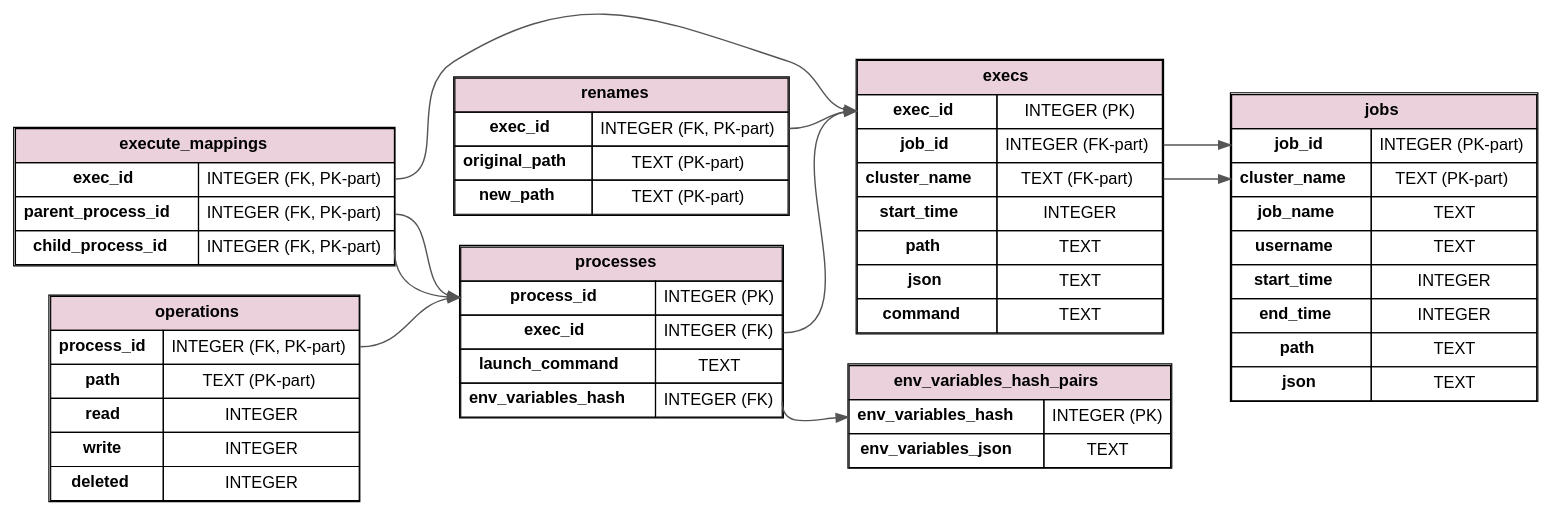
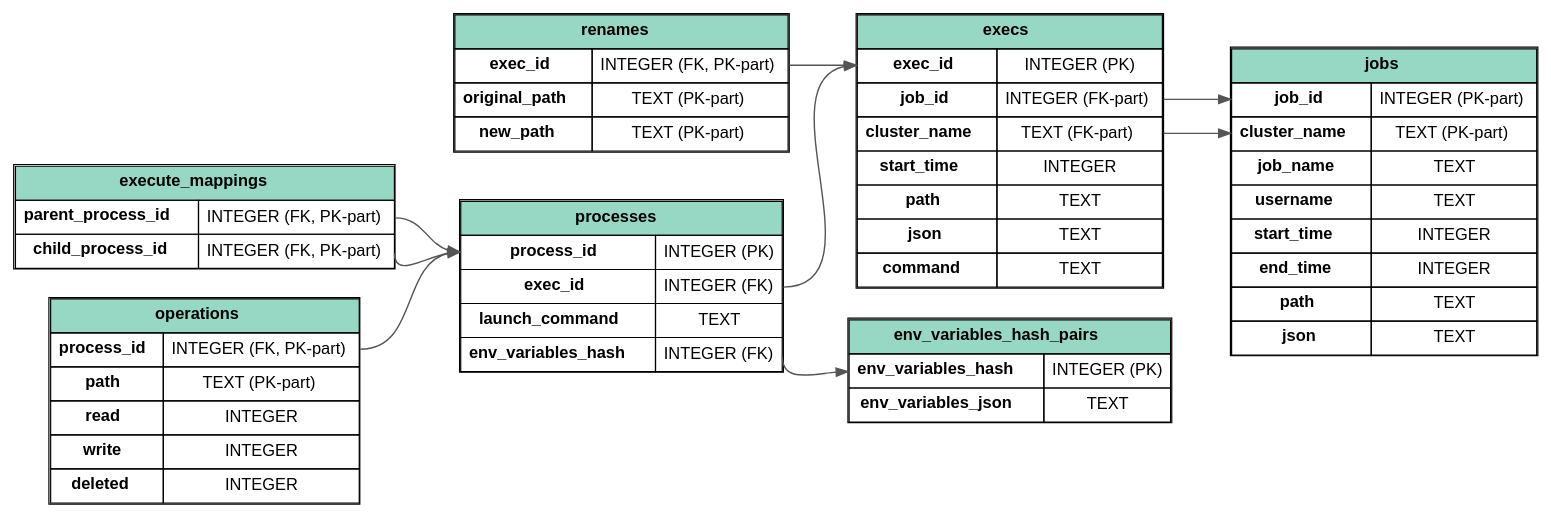
One commit to lquenti/libcprov changed the diagram in model_graphs/database_model.dot. Above: the diagram before and after it, drawn with Graphviz. The commit also changed 29 other files, not shown here.

```diff
--- a/model_graphs/database_model.dot
+++ b/model_graphs/database_model.dot
@@ -1,95 +1,93 @@
 digraph G {
   rankdir=LR;
   graph [splines=true, overlap=false, nodesep=0.35, ranksep=0.7];
   node  [shape=none, margin=0, fontname="Helvetica"];
   edge  [fontname="Helvetica", fontsize=10, color="#555555", penwidth=1.2];
 
   env_variables_hash_pairs [ label=<
     <TABLE BORDER="1" CELLBORDER="1" CELLSPACING="0" CELLPADDING="6">
-      <TR><TD WIDTH="0" FIXEDSIZE="TRUE" BORDER="0" CELLPADDING="0"></TD><TD BGCOLOR="#ead1dc" COLSPAN="2"><B>env_variables_hash_pairs</B></TD><TD WIDTH="0" FIXEDSIZE="TRUE" BORDER="0" CELLPADDING="0"></TD></TR>
+      <TR><TD WIDTH="0" FIXEDSIZE="TRUE" BORDER="0" CELLPADDING="0"></TD><TD BGCOLOR="#97D8C4" COLSPAN="2"><B>env_variables_hash_pairs</B></TD><TD WIDTH="0" FIXEDSIZE="TRUE" BORDER="0" CELLPADDING="0"></TD></TR>
       <TR><TD PORT="L_env_variables_hash" WIDTH="0" FIXEDSIZE="TRUE" BORDER="0" CELLPADDING="0"></TD><TD><B>env_variables_hash</B></TD><TD>INTEGER (PK)</TD><TD PORT="R_env_variables_hash" WIDTH="0" FIXEDSIZE="TRUE" BORDER="0" CELLPADDING="0"></TD></TR>
       <TR><TD PORT="L_env_variables_json" WIDTH="0" FIXEDSIZE="TRUE" BORDER="0" CELLPADDING="0"></TD><TD><B>env_variables_json</B></TD><TD>TEXT</TD><TD PORT="R_env_variables_json" WIDTH="0" FIXEDSIZE="TRUE" BORDER="0" CELLPADDING="0"></TD></TR>
     </TABLE>
   > ];
 
   jobs [ label=<
     <TABLE BORDER="1" CELLBORDER="1" CELLSPACING="0" CELLPADDING="6">
-      <TR><TD WIDTH="0" FIXEDSIZE="TRUE" BORDER="0" CELLPADDING="0"></TD><TD BGCOLOR="#ead1dc" COLSPAN="2"><B>jobs</B></TD><TD WIDTH="0" FIXEDSIZE="TRUE" BORDER="0" CELLPADDING="0"></TD></TR>
+      <TR><TD WIDTH="0" FIXEDSIZE="TRUE" BORDER="0" CELLPADDING="0"></TD><TD BGCOLOR="#97D8C4" COLSPAN="2"><B>jobs</B></TD><TD WIDTH="0" FIXEDSIZE="TRUE" BORDER="0" CELLPADDING="0"></TD></TR>
       <TR><TD PORT="L_job_id" WIDTH="0" FIXEDSIZE="TRUE" BORDER="0" CELLPADDING="0"></TD><TD><B>job_id</B></TD><TD>INTEGER (PK-part)</TD><TD PORT="R_job_id" WIDTH="0" FIXEDSIZE="TRUE" BORDER="0" CELLPADDING="0"></TD></TR>
       <TR><TD PORT="L_cluster_name" WIDTH="0" FIXEDSIZE="TRUE" BORDER="0" CELLPADDING="0"></TD><TD><B>cluster_name</B></TD><TD>TEXT (PK-part)</TD><TD PORT="R_cluster_name" WIDTH="0" FIXEDSIZE="TRUE" BORDER="0" CELLPADDING="0"></TD></TR>
       <TR><TD PORT="L_job_name" WIDTH="0" FIXEDSIZE="TRUE" BORDER="0" CELLPADDING="0"></TD><TD><B>job_name</B></TD><TD>TEXT</TD><TD PORT="R_job_name" WIDTH="0" FIXEDSIZE="TRUE" BORDER="0" CELLPADDING="0"></TD></TR>
       <TR><TD PORT="L_username" WIDTH="0" FIXEDSIZE="TRUE" BORDER="0" CELLPADDING="0"></TD><TD><B>username</B></TD><TD>TEXT</TD><TD PORT="R_username" WIDTH="0" FIXEDSIZE="TRUE" BORDER="0" CELLPADDING="0"></TD></TR>
       <TR><TD PORT="L_start_time" WIDTH="0" FIXEDSIZE="TRUE" BORDER="0" CELLPADDING="0"></TD><TD><B>start_time</B></TD><TD>INTEGER</TD><TD PORT="R_start_time" WIDTH="0" FIXEDSIZE="TRUE" BORDER="0" CELLPADDING="0"></TD></TR>
       <TR><TD PORT="L_end_time" WIDTH="0" FIXEDSIZE="TRUE" BORDER="0" CELLPADDING="0"></TD><TD><B>end_time</B></TD><TD>INTEGER</TD><TD PORT="R_end_time" WIDTH="0" FIXEDSIZE="TRUE" BORDER="0" CELLPADDING="0"></TD></TR>
       <TR><TD PORT="L_path" WIDTH="0" FIXEDSIZE="TRUE" BORDER="0" CELLPADDING="0"></TD><TD><B>path</B></TD><TD>TEXT</TD><TD PORT="R_path" WIDTH="0" FIXEDSIZE="TRUE" BORDER="0" CELLPADDING="0"></TD></TR>
       <TR><TD PORT="L_json" WIDTH="0" FIXEDSIZE="TRUE" BORDER="0" CELLPADDING="0"></TD><TD><B>json</B></TD><TD>TEXT</TD><TD PORT="R_json" WIDTH="0" FIXEDSIZE="TRUE" BORDER="0" CELLPADDING="0"></TD></TR>
     </TABLE>
   > ];
 
   execs [ label=<
     <TABLE BORDER="1" CELLBORDER="1" CELLSPACING="0" CELLPADDING="6">
-      <TR><TD WIDTH="0" FIXEDSIZE="TRUE" BORDER="0" CELLPADDING="0"></TD><TD BGCOLOR="#ead1dc" COLSPAN="2"><B>execs</B></TD><TD WIDTH="0" FIXEDSIZE="TRUE" BORDER="0" CELLPADDING="0"></TD></TR>
+      <TR><TD WIDTH="0" FIXEDSIZE="TRUE" BORDER="0" CELLPADDING="0"></TD><TD BGCOLOR="#97D8C4" COLSPAN="2"><B>execs</B></TD><TD WIDTH="0" FIXEDSIZE="TRUE" BORDER="0" CELLPADDING="0"></TD></TR>
       <TR><TD PORT="L_exec_id" WIDTH="0" FIXEDSIZE="TRUE" BORDER="0" CELLPADDING="0"></TD><TD><B>exec_id</B></TD><TD>INTEGER (PK)</TD><TD PORT="R_exec_id" WIDTH="0" FIXEDSIZE="TRUE" BORDER="0" CELLPADDING="0"></TD></TR>
       <TR><TD PORT="L_job_id" WIDTH="0" FIXEDSIZE="TRUE" BORDER="0" CELLPADDING="0"></TD><TD><B>job_id</B></TD><TD>INTEGER (FK-part)</TD><TD PORT="R_job_id" WIDTH="0" FIXEDSIZE="TRUE" BORDER="0" CELLPADDING="0"></TD></TR>
       <TR><TD PORT="L_cluster_name" WIDTH="0" FIXEDSIZE="TRUE" BORDER="0" CELLPADDING="0"></TD><TD><B>cluster_name</B></TD><TD>TEXT (FK-part)</TD><TD PORT="R_cluster_name" WIDTH="0" FIXEDSIZE="TRUE" BORDER="0" CELLPADDING="0"></TD></TR>
       <TR><TD PORT="L_start_time" WIDTH="0" FIXEDSIZE="TRUE" BORDER="0" CELLPADDING="0"></TD><TD><B>start_time</B></TD><TD>INTEGER</TD><TD PORT="R_start_time" WIDTH="0" FIXEDSIZE="TRUE" BORDER="0" CELLPADDING="0"></TD></TR>
       <TR><TD PORT="L_path" WIDTH="0" FIXEDSIZE="TRUE" BORDER="0" CELLPADDING="0"></TD><TD><B>path</B></TD><TD>TEXT</TD><TD PORT="R_path" WIDTH="0" FIXEDSIZE="TRUE" BORDER="0" CELLPADDING="0"></TD></TR>
       <TR><TD PORT="L_json" WIDTH="0" FIXEDSIZE="TRUE" BORDER="0" CELLPADDING="0"></TD><TD><B>json</B></TD><TD>TEXT</TD><TD PORT="R_json" WIDTH="0" FIXEDSIZE="TRUE" BORDER="0" CELLPADDING="0"></TD></TR>
       <TR><TD PORT="L_command" WIDTH="0" FIXEDSIZE="TRUE" BORDER="0" CELLPADDING="0"></TD><TD><B>command</B></TD><TD>TEXT</TD><TD PORT="R_command" WIDTH="0" FIXEDSIZE="TRUE" BORDER="0" CELLPADDING="0"></TD></TR>
     </TABLE>
   > ];
 
   processes [ label=<
     <TABLE BORDER="1" CELLBORDER="1" CELLSPACING="0" CELLPADDING="6">
-      <TR><TD WIDTH="0" FIXEDSIZE="TRUE" BORDER="0" CELLPADDING="0"></TD><TD BGCOLOR="#ead1dc" COLSPAN="2"><B>processes</B></TD><TD WIDTH="0" FIXEDSIZE="TRUE" BORDER="0" CELLPADDING="0"></TD></TR>
+      <TR><TD WIDTH="0" FIXEDSIZE="TRUE" BORDER="0" CELLPADDING="0"></TD><TD BGCOLOR="#97D8C4" COLSPAN="2"><B>processes</B></TD><TD WIDTH="0" FIXEDSIZE="TRUE" BORDER="0" CELLPADDING="0"></TD></TR>
       <TR><TD PORT="L_process_id" WIDTH="0" FIXEDSIZE="TRUE" BORDER="0" CELLPADDING="0"></TD><TD><B>process_id</B></TD><TD>INTEGER (PK)</TD><TD PORT="R_process_id" WIDTH="0" FIXEDSIZE="TRUE" BORDER="0" CELLPADDING="0"></TD></TR>
       <TR><TD PORT="L_exec_id" WIDTH="0" FIXEDSIZE="TRUE" BORDER="0" CELLPADDING="0"></TD><TD><B>exec_id</B></TD><TD>INTEGER (FK)</TD><TD PORT="R_exec_id" WIDTH="0" FIXEDSIZE="TRUE" BORDER="0" CELLPADDING="0"></TD></TR>
       <TR><TD PORT="L_launch_command" WIDTH="0" FIXEDSIZE="TRUE" BORDER="0" CELLPADDING="0"></TD><TD><B>launch_command</B></TD><TD>TEXT</TD><TD PORT="R_launch_command" WIDTH="0" FIXEDSIZE="TRUE" BORDER="0" CELLPADDING="0"></TD></TR>
       <TR><TD PORT="L_env_variables_hash" WIDTH="0" FIXEDSIZE="TRUE" BORDER="0" CELLPADDING="0"></TD><TD><B>env_variables_hash</B></TD><TD>INTEGER (FK)</TD><TD PORT="R_env_variables_hash" WIDTH="0" FIXEDSIZE="TRUE" BORDER="0" CELLPADDING="0"></TD></TR>
     </TABLE>
   > ];
 
   execute_mappings [ label=<
     <TABLE BORDER="1" CELLBORDER="1" CELLSPACING="0" CELLPADDING="6">
-      <TR><TD WIDTH="0" FIXEDSIZE="TRUE" BORDER="0" CELLPADDING="0"></TD><TD BGCOLOR="#ead1dc" COLSPAN="2"><B>execute_mappings</B></TD><TD WIDTH="0" FIXEDSIZE="TRUE" BORDER="0" CELLPADDING="0"></TD></TR>
-      <TR><TD PORT="L_exec_id" WIDTH="0" FIXEDSIZE="TRUE" BORDER="0" CELLPADDING="0"></TD><TD><B>exec_id</B></TD><TD>INTEGER (FK, PK-part)</TD><TD PORT="R_exec_id" WIDTH="0" FIXEDSIZE="TRUE" BORDER="0" CELLPADDING="0"></TD></TR>
+      <TR><TD WIDTH="0" FIXEDSIZE="TRUE" BORDER="0" CELLPADDING="0"></TD><TD BGCOLOR="#97D8C4" COLSPAN="2"><B>execute_mappings</B></TD><TD WIDTH="0" FIXEDSIZE="TRUE" BORDER="0" CELLPADDING="0"></TD></TR>
       <TR><TD PORT="L_parent_process_id" WIDTH="0" FIXEDSIZE="TRUE" BORDER="0" CELLPADDING="0"></TD><TD><B>parent_process_id</B></TD><TD>INTEGER (FK, PK-part)</TD><TD PORT="R_parent_process_id" WIDTH="0" FIXEDSIZE="TRUE" BORDER="0" CELLPADDING="0"></TD></TR>
       <TR><TD PORT="L_child_process_id" WIDTH="0" FIXEDSIZE="TRUE" BORDER="0" CELLPADDING="0"></TD><TD><B>child_process_id</B></TD><TD>INTEGER (FK, PK-part)</TD><TD PORT="R_child_process_id" WIDTH="0" FIXEDSIZE="TRUE" BORDER="0" CELLPADDING="0"></TD></TR>
     </TABLE>
   > ];
 
   operations [ label=<
     <TABLE BORDER="1" CELLBORDER="1" CELLSPACING="0" CELLPADDING="6">
-      <TR><TD WIDTH="0" FIXEDSIZE="TRUE" BORDER="0" CELLPADDING="0"></TD><TD BGCOLOR="#ead1dc" COLSPAN="2"><B>operations</B></TD><TD WIDTH="0" FIXEDSIZE="TRUE" BORDER="0" CELLPADDING="0"></TD></TR>
+      <TR><TD WIDTH="0" FIXEDSIZE="TRUE" BORDER="0" CELLPADDING="0"></TD><TD BGCOLOR="#97D8C4" COLSPAN="2"><B>operations</B></TD><TD WIDTH="0" FIXEDSIZE="TRUE" BORDER="0" CELLPADDING="0"></TD></TR>
       <TR><TD PORT="L_process_id" WIDTH="0" FIXEDSIZE="TRUE" BORDER="0" CELLPADDING="0"></TD><TD><B>process_id</B></TD><TD>INTEGER (FK, PK-part)</TD><TD PORT="R_process_id" WIDTH="0" FIXEDSIZE="TRUE" BORDER="0" CELLPADDING="0"></TD></TR>
       <TR><TD PORT="L_path" WIDTH="0" FIXEDSIZE="TRUE" BORDER="0" CELLPADDING="0"></TD><TD><B>path</B></TD><TD>TEXT (PK-part)</TD><TD PORT="R_path" WIDTH="0" FIXEDSIZE="TRUE" BORDER="0" CELLPADDING="0"></TD></TR>
       <TR><TD PORT="L_read" WIDTH="0" FIXEDSIZE="TRUE" BORDER="0" CELLPADDING="0"></TD><TD><B>read</B></TD><TD>INTEGER</TD><TD PORT="R_read" WIDTH="0" FIXEDSIZE="TRUE" BORDER="0" CELLPADDING="0"></TD></TR>
       <TR><TD PORT="L_write" WIDTH="0" FIXEDSIZE="TRUE" BORDER="0" CELLPADDING="0"></TD><TD><B>write</B></TD><TD>INTEGER</TD><TD PORT="R_write" WIDTH="0" FIXEDSIZE="TRUE" BORDER="0" CELLPADDING="0"></TD></TR>
       <TR><TD PORT="L_deleted" WIDTH="0" FIXEDSIZE="TRUE" BORDER="0" CELLPADDING="0"></TD><TD><B>deleted</B></TD><TD>INTEGER</TD><TD PORT="R_deleted" WIDTH="0" FIXEDSIZE="TRUE" BORDER="0" CELLPADDING="0"></TD></TR>
     </TABLE>
   > ];
 
   renames [ label=<
     <TABLE BORDER="1" CELLBORDER="1" CELLSPACING="0" CELLPADDING="6">
-      <TR><TD WIDTH="0" FIXEDSIZE="TRUE" BORDER="0" CELLPADDING="0"></TD><TD BGCOLOR="#ead1dc" COLSPAN="2"><B>renames</B></TD><TD WIDTH="0" FIXEDSIZE="TRUE" BORDER="0" CELLPADDING="0"></TD></TR>
+      <TR><TD WIDTH="0" FIXEDSIZE="TRUE" BORDER="0" CELLPADDING="0"></TD><TD BGCOLOR="#97D8C4" COLSPAN="2"><B>renames</B></TD><TD WIDTH="0" FIXEDSIZE="TRUE" BORDER="0" CELLPADDING="0"></TD></TR>
       <TR><TD PORT="L_exec_id" WIDTH="0" FIXEDSIZE="TRUE" BORDER="0" CELLPADDING="0"></TD><TD><B>exec_id</B></TD><TD>INTEGER (FK, PK-part)</TD><TD PORT="R_exec_id" WIDTH="0" FIXEDSIZE="TRUE" BORDER="0" CELLPADDING="0"></TD></TR>
       <TR><TD PORT="L_original_path" WIDTH="0" FIXEDSIZE="TRUE" BORDER="0" CELLPADDING="0"></TD><TD><B>original_path</B></TD><TD>TEXT (PK-part)</TD><TD PORT="R_original_path" WIDTH="0" FIXEDSIZE="TRUE" BORDER="0" CELLPADDING="0"></TD></TR>
       <TR><TD PORT="L_new_path" WIDTH="0" FIXEDSIZE="TRUE" BORDER="0" CELLPADDING="0"></TD><TD><B>new_path</B></TD><TD>TEXT (PK-part)</TD><TD PORT="R_new_path" WIDTH="0" FIXEDSIZE="TRUE" BORDER="0" CELLPADDING="0"></TD></TR>
     </TABLE>
   > ];
 
   // --- edges (no arrow labels)
   execs:R_job_id -> jobs:L_job_id;
   execs:R_cluster_name -> jobs:L_cluster_name;
 
   processes:R_exec_id -> execs:L_exec_id;
   processes:R_env_variables_hash -> env_variables_hash_pairs:L_env_variables_hash;
 
-  execute_mappings:R_exec_id -> execs:L_exec_id;
   execute_mappings:R_parent_process_id -> processes:L_process_id;
   execute_mappings:R_child_process_id -> processes:L_process_id;
 
   operations:R_process_id -> processes:L_process_id;
 
   renames:R_exec_id -> execs:L_exec_id;
 }
```
